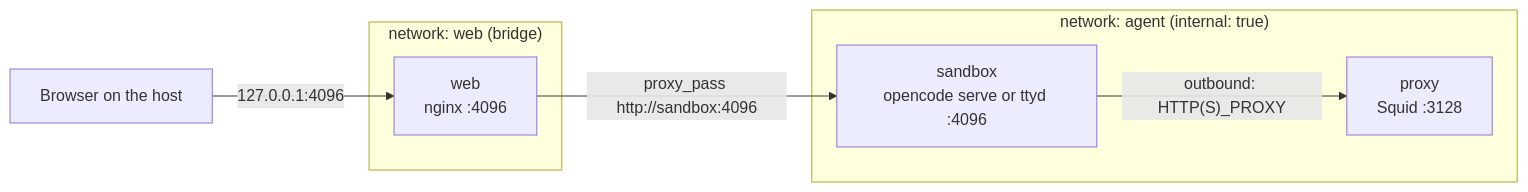
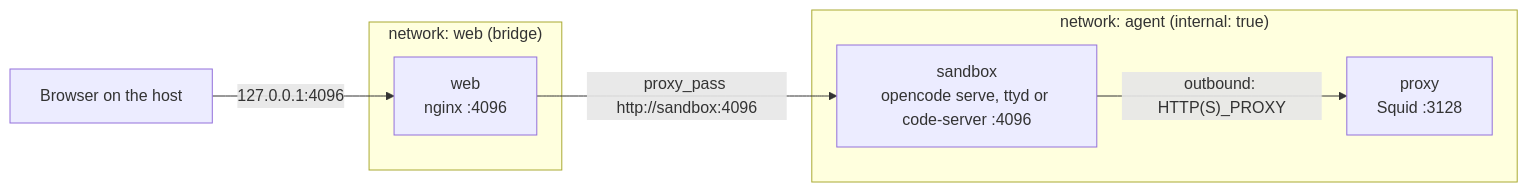
The third of 3 diagrams in docs/networking.md (mborne/agent-sandbox), drawn with Mermaid before and after one commit. The commit also changed other lines of this file and 10 other files, not shown here.

First line of the commit message:
Add VS Code in the browser with SANDBOX_SERVER=vscode

````diff
--- a/docs/networking.md
+++ b/docs/networking.md
@@ -98,13 +98,13 @@
 ```mermaid
 flowchart LR
     browser["Browser on the host"] -->|"127.0.0.1:4096"| web
     subgraph webnet["network: web (bridge)"]
         web["web<br/>nginx :4096"]
     end
     subgraph agent["network: agent (internal: true)"]
-        sandbox["sandbox<br/>opencode serve or ttyd :4096"]
+        sandbox["sandbox<br/>opencode serve, ttyd or code-server :4096"]
         proxy["proxy<br/>Squid :3128"]
     end
     web -->|"proxy_pass http://sandbox:4096"| sandbox
     sandbox -->|"outbound: HTTP(S)_PROXY"| proxy
 ```
````
